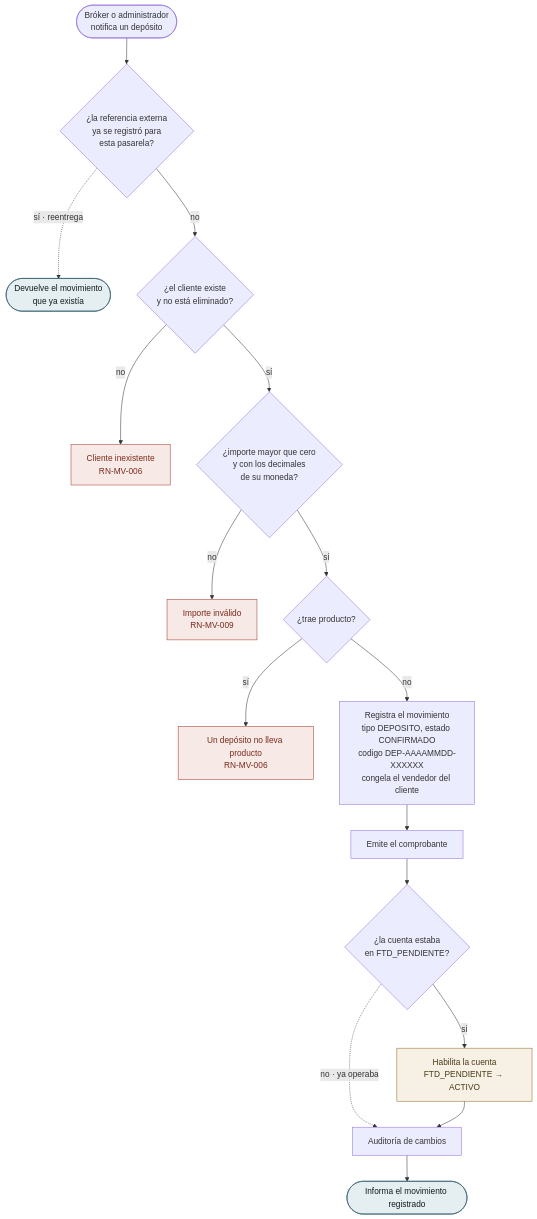
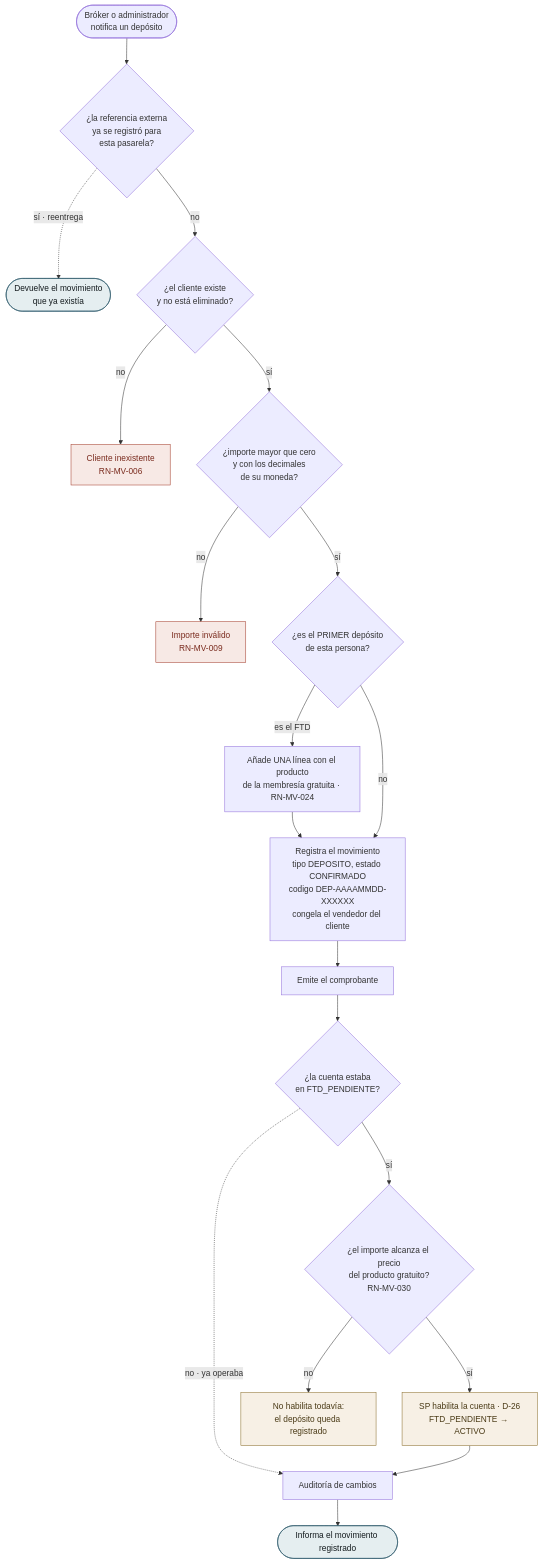
One commit to NexusPro-Dev/backend changed the first of 11 diagrams in docs/flujos/mv/flujos-por-caso.md. Above: the diagram before and after it, drawn with Mermaid. The commit also changed other lines of this file and 2 other files, not shown here.

First line of the commit message:
docs: cierran D-26, la zona horaria, la comision del FTD y la anulacion

````diff
--- a/docs/flujos/mv/flujos-por-caso.md
+++ b/docs/flujos/mv/flujos-por-caso.md
@@ -37,26 +37,31 @@
 ```mermaid
 flowchart TD
     A(["Bróker o administrador<br/>notifica un depósito"])
     A --> V1{"¿la referencia externa<br/>ya se registró para<br/>esta pasarela?"}
     V1 -.->|"sí · reentrega"| FIN2(["Devuelve el movimiento<br/>que ya existía"])
     V1 -->|no| V2{"¿el cliente existe<br/>y no está eliminado?"}
     V2 -->|no| E1["Cliente inexistente<br/>RN-MV-006"]
     V2 -->|sí| V3{"¿importe mayor que cero<br/>y con los decimales<br/>de su moneda?"}
     V3 -->|no| E2["Importe inválido<br/>RN-MV-009"]
-    V3 -->|sí| V4{"¿trae producto?"}
-    V4 -->|sí| E3["Un depósito no lleva producto<br/>RN-MV-006"]
-    V4 -->|no| P1["Registra el movimiento<br/>tipo DEPOSITO, estado CONFIRMADO<br/>codigo DEP-AAAAMMDD-XXXXXX<br/>congela el vendedor del cliente"]
+    V3 -->|sí| V4{"¿es el PRIMER depósito<br/>de esta persona?"}
+    V4 -->|"es el FTD"| P0["Añade UNA línea con el producto<br/>de la membresía gratuita · RN-MV-024"]
+    V4 -->|no| P1
+    P0 --> P1["Registra el movimiento<br/>tipo DEPOSITO, estado CONFIRMADO<br/>codigo DEP-AAAAMMDD-XXXXXX<br/>congela el vendedor del cliente"]
     P1 --> P2["Emite el comprobante"]
     P2 --> V5{"¿la cuenta estaba<br/>en FTD_PENDIENTE?"}
     V5 -.->|"no · ya operaba"| P4
-    V5 -->|sí| P3["Habilita la cuenta<br/>FTD_PENDIENTE → ACTIVO"]
+    V5 -->|sí| V6{"¿el importe alcanza el precio<br/>del producto gratuito?<br/>RN-MV-030"}
+    V6 -->|no| D0["No habilita todavía:<br/>el depósito queda registrado"]
+    V6 -->|sí| P3["SP habilita la cuenta · D-26<br/>FTD_PENDIENTE → ACTIVO"]
     P3 --> P4["Auditoría de cambios"]
     P4 --> FIN(["Informa el movimiento registrado"])
 
     classDef ex fill:#F7E9E5,stroke:#A33B2A,color:#7A2B1E
     classDef ok fill:#E5EEF0,stroke:#2D5A6B,color:#141B1E
     classDef esc fill:#F7F0E5,stroke:#8A6D2A,color:#4A3A16
-    class E1,E2,E3 ex
+    class E1,E2 ex
     class FIN,FIN2 ok
     class P3 esc
+    class D0 pend
+    classDef pend fill:#F7F0E5,stroke:#8A6D2A,color:#4A3A16
 ```
````
